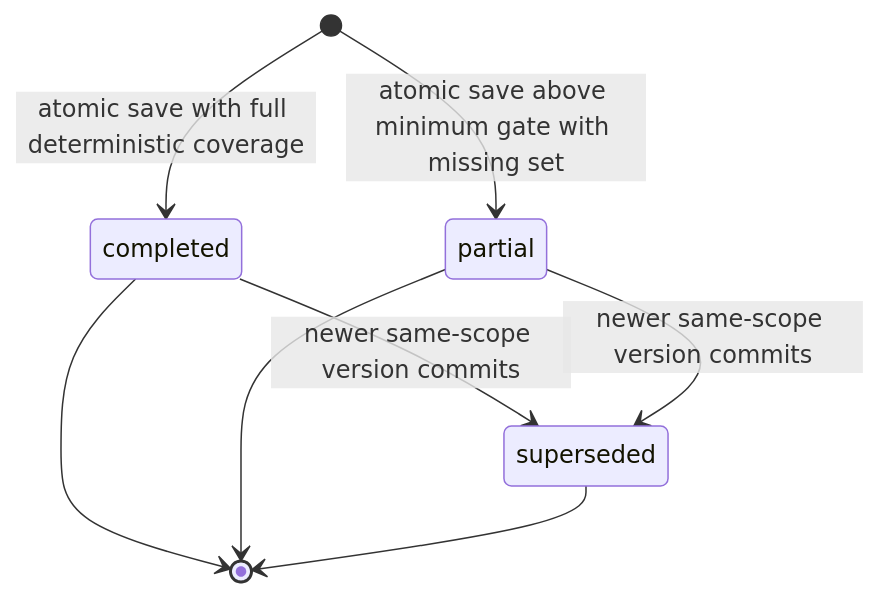
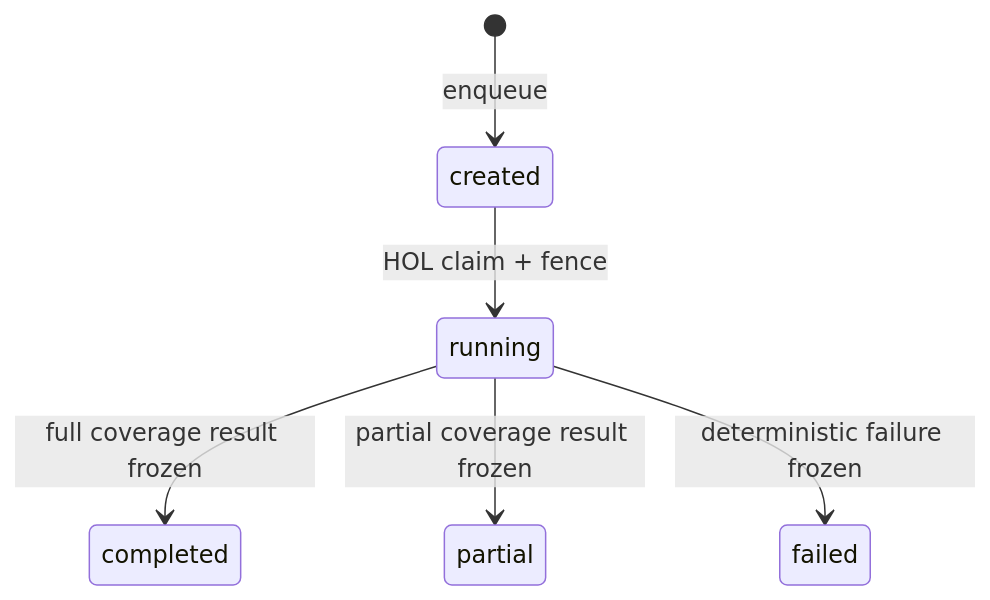
The third of 3 diagrams in docs/design/agent/graphtool/analyze_materials-design.md (FigoGoo/Dora-Agent), drawn with Mermaid before and after one commit. The commit also changed other lines of this file and 68 other files, not shown here.

````diff
--- a/docs/design/agent/graphtool/analyze_materials-design.md
+++ b/docs/design/agent/graphtool/analyze_materials-design.md
@@ -674,10 +120,8 @@
 ```mermaid
 stateDiagram-v2
-    [*] --> completed: atomic save with full deterministic coverage
-    [*] --> partial: atomic save above minimum gate with missing set
-    completed --> superseded: newer same-scope version commits
-    partial --> superseded: newer same-scope version commits
-    completed --> [*]
-    partial --> [*]
-    superseded --> [*]
+    [*] --> created: enqueue
+    created --> running: HOL claim + fence
+    running --> completed: full coverage result frozen
+    running --> partial: partial coverage result frozen
+    running --> failed: deterministic failure frozen
 ```
````
